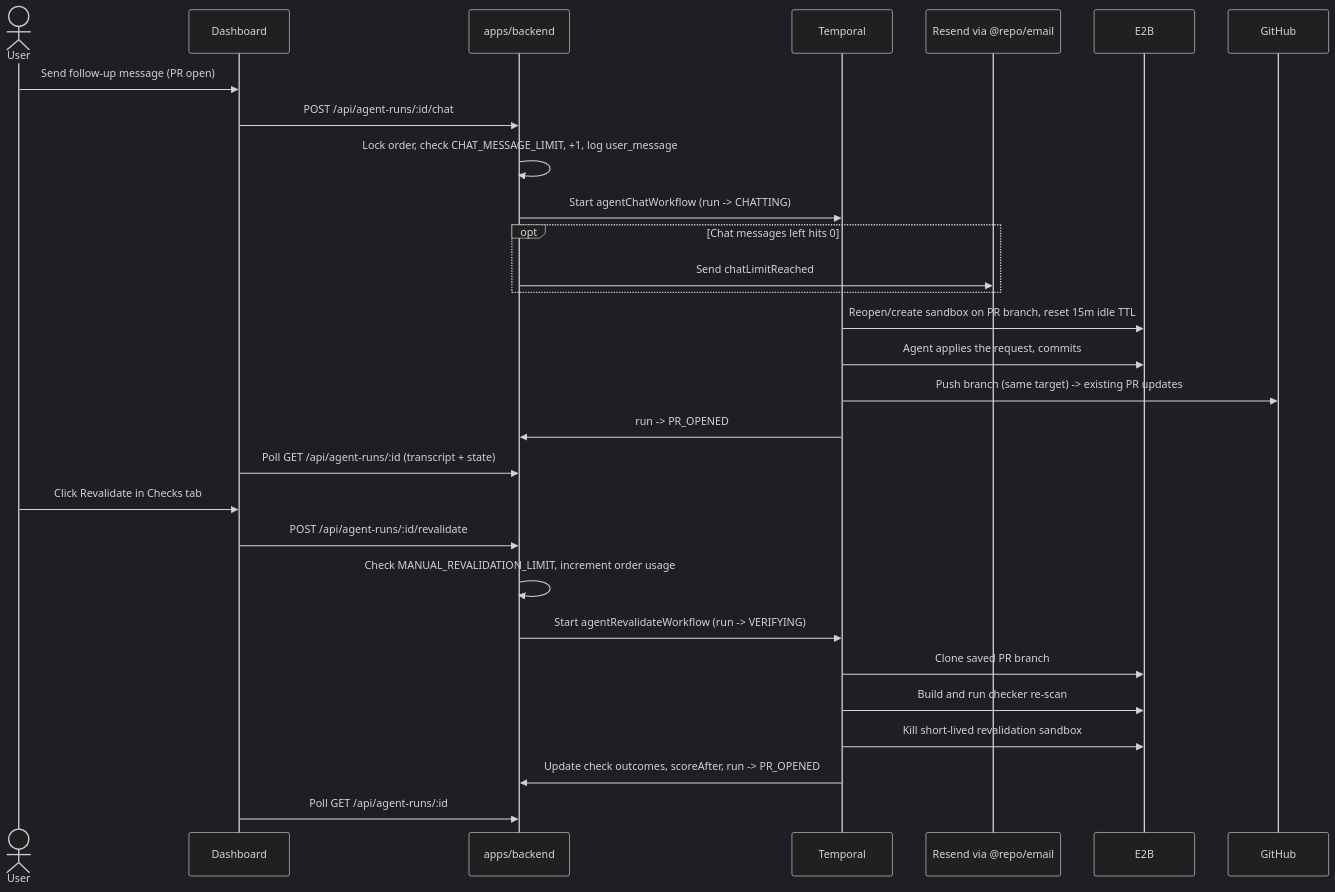
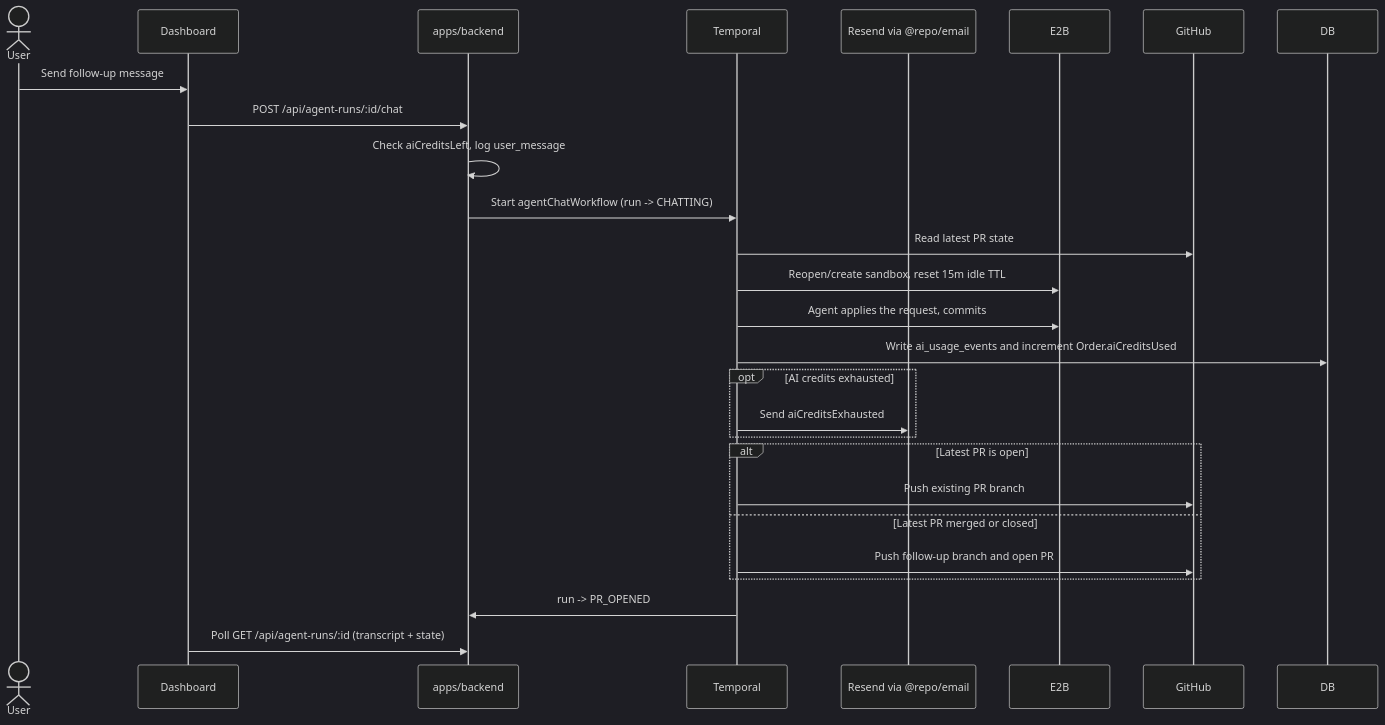
One commit to ChetanBhosale/geo-repair changed the third of 3 diagrams in docs/system-flow.md. Above: the diagram before and after it, drawn with Mermaid (dark theme). The commit also changed other lines of this file and 48 other files, not shown here.

Commit message:
new business model - single agent and ai credits.

````diff
--- a/docs/system-flow.md
+++ b/docs/system-flow.md
@@ -389,33 +388,29 @@
 ```mermaid
 sequenceDiagram
   actor User
   participant Dashboard
   participant API as apps/backend
   participant Temporal
   participant Email as Resend via @repo/email
   participant E2B
   participant GitHub
 
-  User->>Dashboard: Send follow-up message (PR open)
+  User->>Dashboard: Send follow-up message
   Dashboard->>API: POST /api/agent-runs/:id/chat
-  API->>API: Lock order, check CHAT_MESSAGE_LIMIT, +1, log user_message
+  API->>API: Check aiCreditsLeft, log user_message
   API->>Temporal: Start agentChatWorkflow (run -> CHATTING)
-  opt Chat messages left hits 0
-    API->>Email: Send chatLimitReached
+  Temporal->>GitHub: Read latest PR state
+  Temporal->>E2B: Reopen/create sandbox, reset 15m idle TTL
+  Temporal->>E2B: Agent applies the request, commits
+  Temporal->>DB: Write ai_usage_events and increment Order.aiCreditsUsed
+  opt AI credits exhausted
+    Temporal->>Email: Send aiCreditsExhausted
   end
-  Temporal->>E2B: Reopen/create sandbox on PR branch, reset 15m idle TTL
-  Temporal->>E2B: Agent applies the request, commits
-  Temporal->>GitHub: Push branch (same target) -> existing PR updates
+  alt Latest PR is open
+    Temporal->>GitHub: Push existing PR branch
+  else Latest PR merged or closed
+    Temporal->>GitHub: Push follow-up branch and open PR
+  end
   Temporal->>API: run -> PR_OPENED
   Dashboard->>API: Poll GET /api/agent-runs/:id (transcript + state)
-
-  User->>Dashboard: Click Revalidate in Checks tab
-  Dashboard->>API: POST /api/agent-runs/:id/revalidate
-  API->>API: Check MANUAL_REVALIDATION_LIMIT, increment order usage
-  API->>Temporal: Start agentRevalidateWorkflow (run -> VERIFYING)
-  Temporal->>E2B: Clone saved PR branch
-  Temporal->>E2B: Build and run checker re-scan
-  Temporal->>E2B: Kill short-lived revalidation sandbox
-  Temporal->>API: Update check outcomes, scoreAfter, run -> PR_OPENED
-  Dashboard->>API: Poll GET /api/agent-runs/:id
 ```
````
